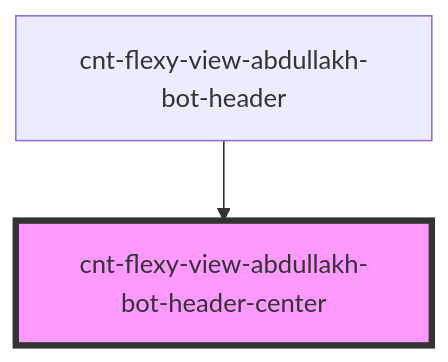
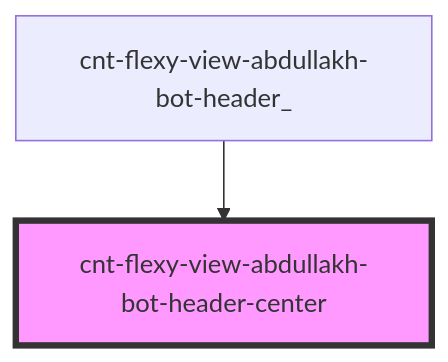
The diagram in src/components/cnt-flexy-view-abdullakh-bot-header/res/view/cnt-flexy-view-abdullakh-bot-header_/res/view/cnt-flexy-view-abdullakh-bot-header-center/readme.md (Wokh-Dada/botdevelopmentapp), drawn with Mermaid before and after one commit. The commit also changed other lines of this file and 34 other files, not shown here.

````diff
--- a/src/components/cnt-flexy-view-abdullakh-bot-header/res/view/cnt-flexy-view-abdullakh-bot-header_/res/view/cnt-flexy-view-abdullakh-bot-header-center/readme.md
+++ b/src/components/cnt-flexy-view-abdullakh-bot-header/res/view/cnt-flexy-view-abdullakh-bot-header_/res/view/cnt-flexy-view-abdullakh-bot-header-center/readme.md
@@ -29,5 +29,5 @@
 ```mermaid
 graph TD;
-  cnt-flexy-view-abdullakh-bot-header --> cnt-flexy-view-abdullakh-bot-header-center
+  cnt-flexy-view-abdullakh-bot-header_ --> cnt-flexy-view-abdullakh-bot-header-center
   style cnt-flexy-view-abdullakh-bot-header-center fill:#f9f,stroke:#333,stroke-width:4px
 ```
````
